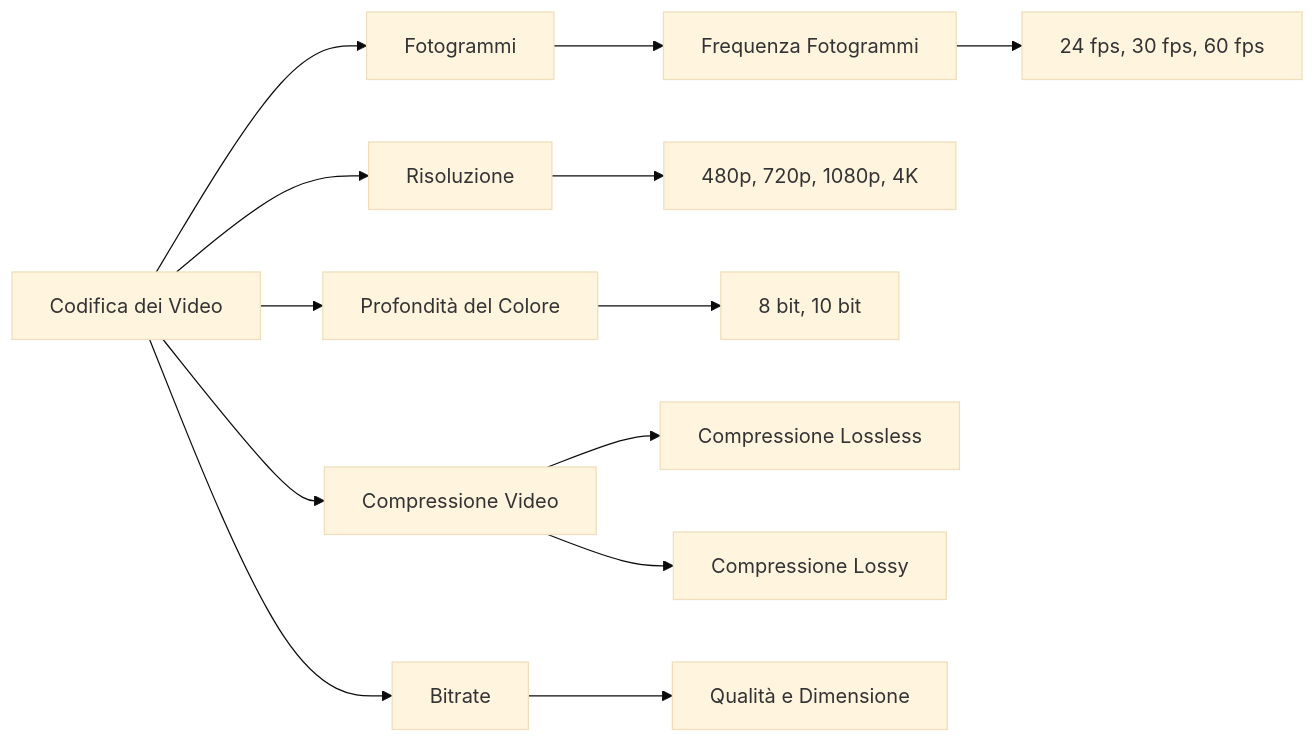
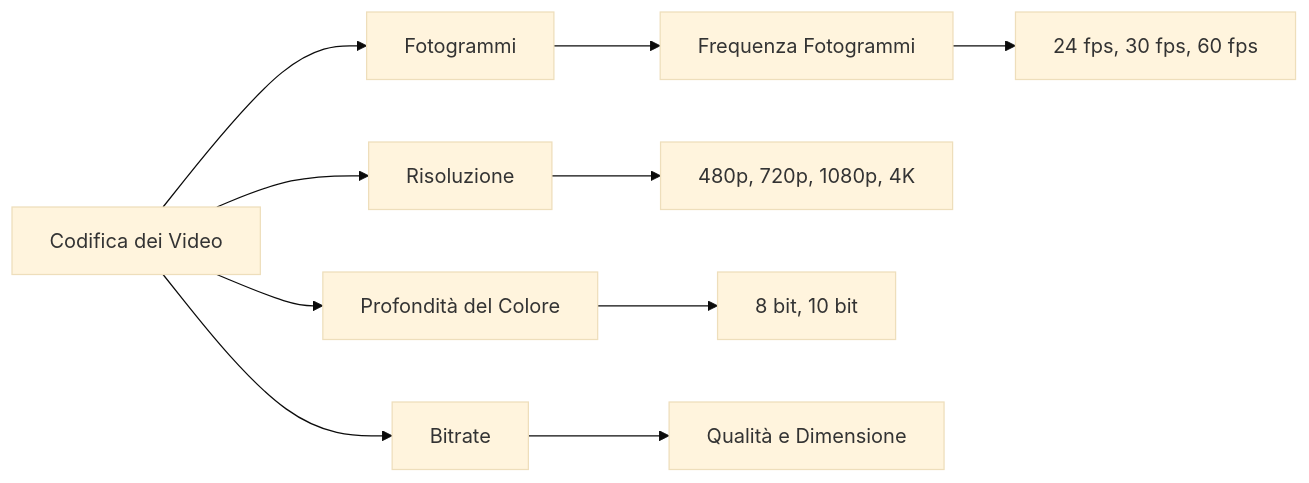
One commit to Federob/infohandouts changed the diagram in docs/infoCoding/04_digit_video.md. Above: the diagram before and after it, drawn with Mermaid (base theme). The commit also changed other lines of this file and 1 other file, not shown here.

````diff
--- a/docs/infoCoding/04_digit_video.md
+++ b/docs/infoCoding/04_digit_video.md
@@ -63,15 +56,12 @@
 ```mermaid
 graph LR
     A[Codifica dei Video] --> B[Fotogrammi]
     B --> C[Frequenza Fotogrammi]
     C --> D[24 fps, 30 fps, 60 fps]
     A --> E[Risoluzione]
     E --> F[480p, 720p, 1080p, 4K]
     A --> G[Profondità del Colore]
     G --> H[8 bit, 10 bit]
-    A --> I[Compressione Video]
-    I --> J[Compressione Lossless]
-    I --> K[Compressione Lossy]
     A --> N[Bitrate]
     N --> O[Qualità e Dimensione]
 ```
````
